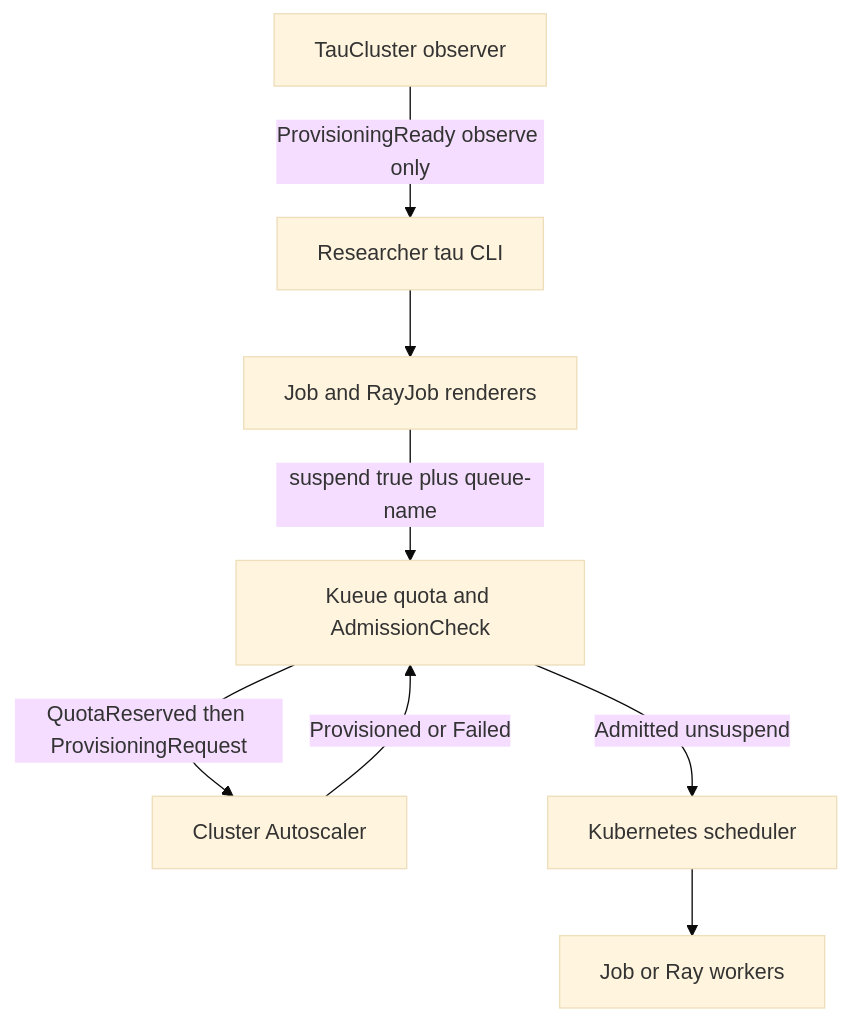
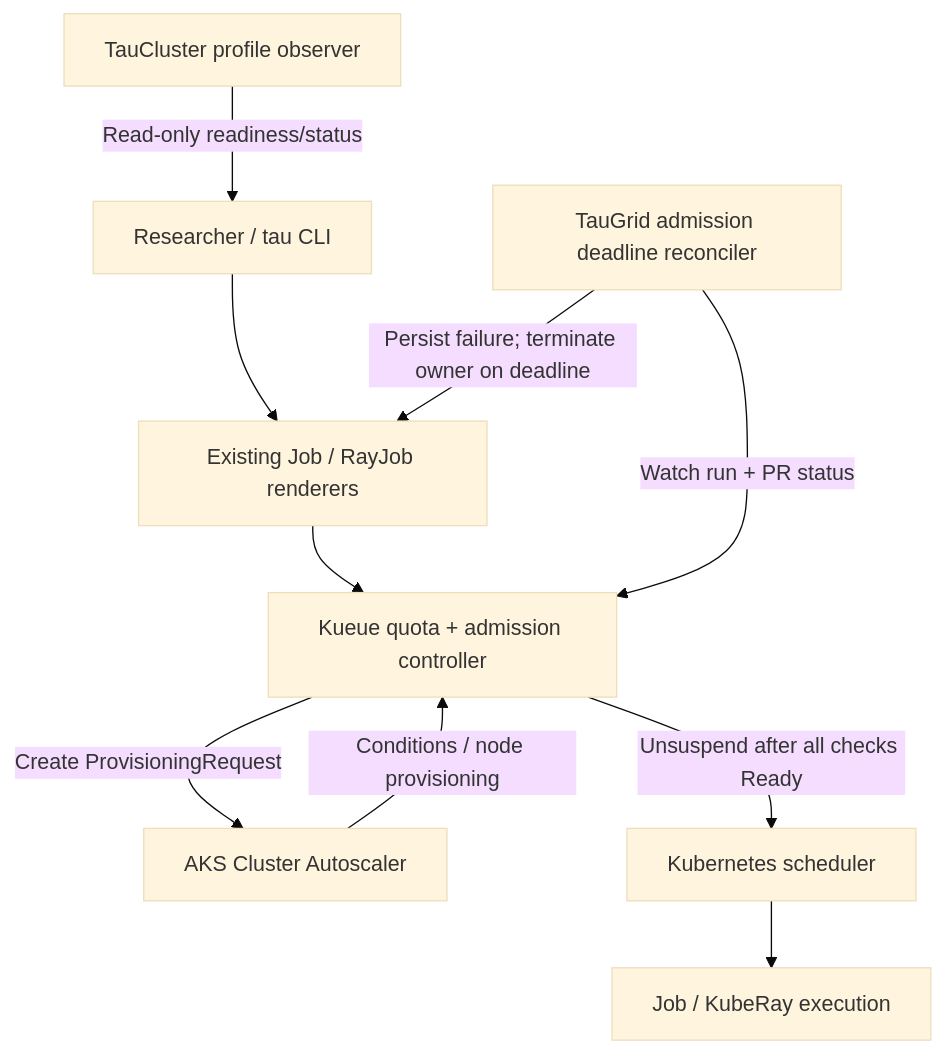
Before and after one commit to Azure/taugrid: the first of 3 diagrams in docs/design/capacity-aware-kueue-admission.md, drawn with Mermaid (base theme). The commit also changed other lines of this file, not shown here.

First line of the commit message:
docs: revise capacity-aware Kueue admission design after review

````diff
--- a/docs/design/capacity-aware-kueue-admission.md
+++ b/docs/design/capacity-aware-kueue-admission.md
@@ -196,18 +137,12 @@
 ```mermaid
 flowchart TB
-  researcher[Researcher tau CLI]
-  render[Job and RayJob renderers]
-  tauCluster[TauCluster observer]
-  kueue[Kueue quota and AdmissionCheck]
-  ca[Cluster Autoscaler]
-  sched[Kubernetes scheduler]
-  runtime[Job or Ray workers]
-
-  researcher --> render
-  render -->|"suspend true plus queue-name"| kueue
-  tauCluster -->|"ProvisioningReady observe only"| researcher
-  kueue -->|"QuotaReserved then ProvisioningRequest"| ca
-  ca -->|"Provisioned or Failed"| kueue
-  kueue -->|"Admitted unsuspend"| sched
-  sched --> runtime
+  user[Researcher / tau CLI] --> renderer[Existing Job / RayJob renderers]
+  renderer --> kueue[Kueue quota + admission controller]
+  kueue -->|Create ProvisioningRequest| ca[AKS Cluster Autoscaler]
+  ca -->|Conditions / node provisioning| kueue
+  kueue -->|Unsuspend after all checks Ready| sched[Kubernetes scheduler]
+  sched --> runtime[Job / KubeRay execution]
+  observer[TauCluster profile observer] -->|Read-only readiness/status| user
+  lifecycle[TauGrid admission deadline reconciler] -->|Watch run + PR status| kueue
+  lifecycle -->|Persist failure; terminate owner on deadline| renderer
 ```
````
